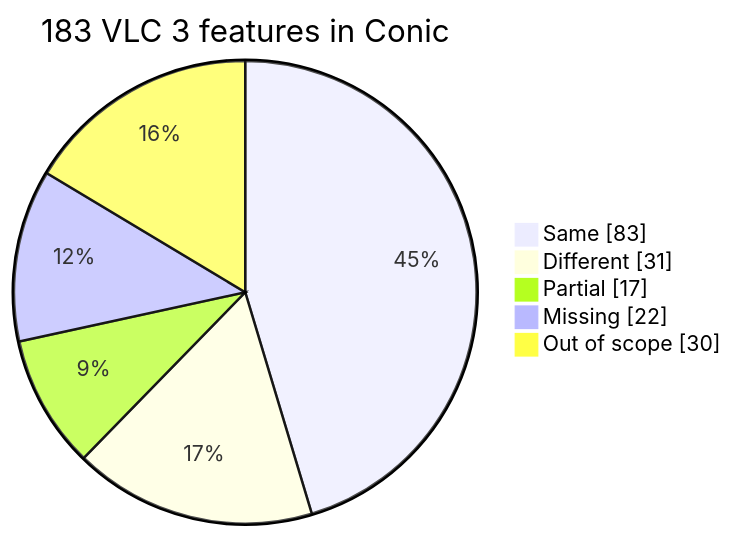
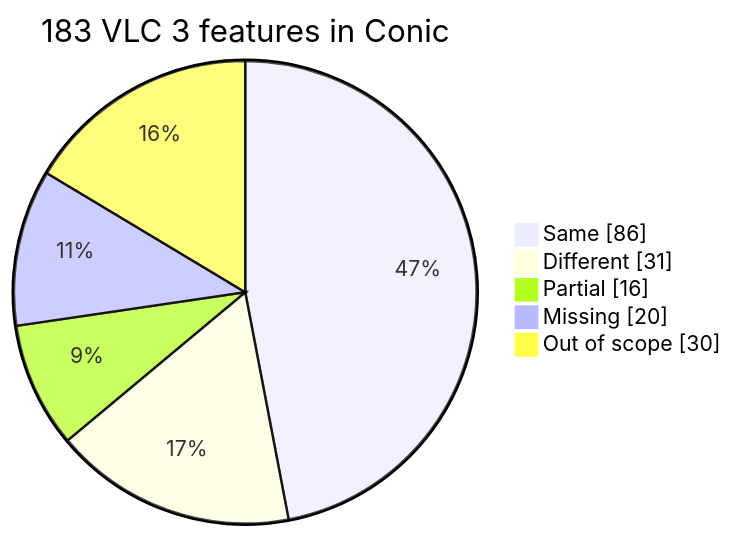
The first of 2 diagrams in README.md (mfkl/conic), drawn with Mermaid before and after one commit. The commit also changed other lines of this file and 1 other file, not shown here.

Commit message:
docs: count the system media controls in the parity table
The taskbar buttons and progress, the OS media session and global media
keys shipped in 0.2.0-preview.2, so those rows are Same instead of
Missing or Partial. Command line and OS integration goes from 64% to
86%, and the total from 80% (83/31/17/22/30) to 82% (86/31/16/20/30).

````diff
--- a/README.md
+++ b/README.md
@@ -79,9 +79,9 @@
 ```mermaid
 pie showData
     title 183 VLC 3 features in Conic
-    "Same" : 83
+    "Same" : 86
     "Different" : 31
-    "Partial" : 17
-    "Missing" : 22
+    "Partial" : 16
+    "Missing" : 20
     "Out of scope" : 30
 ```
````
